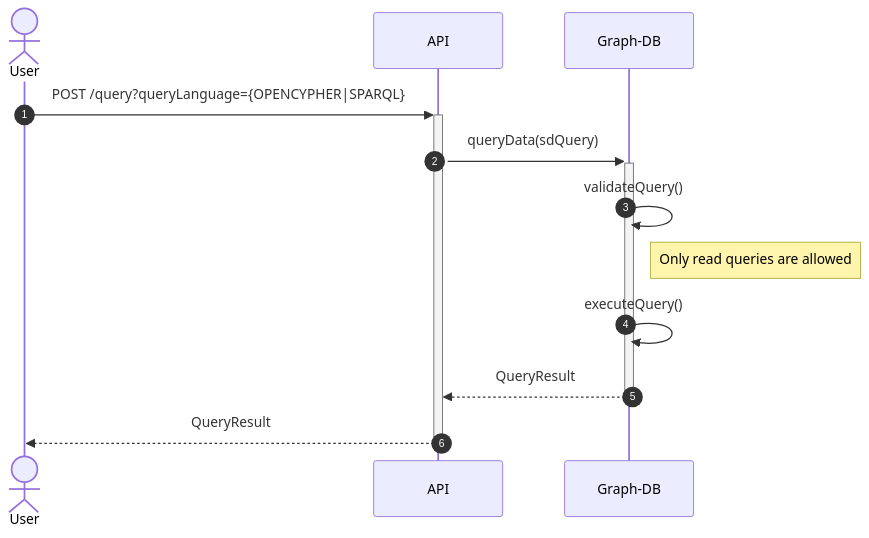
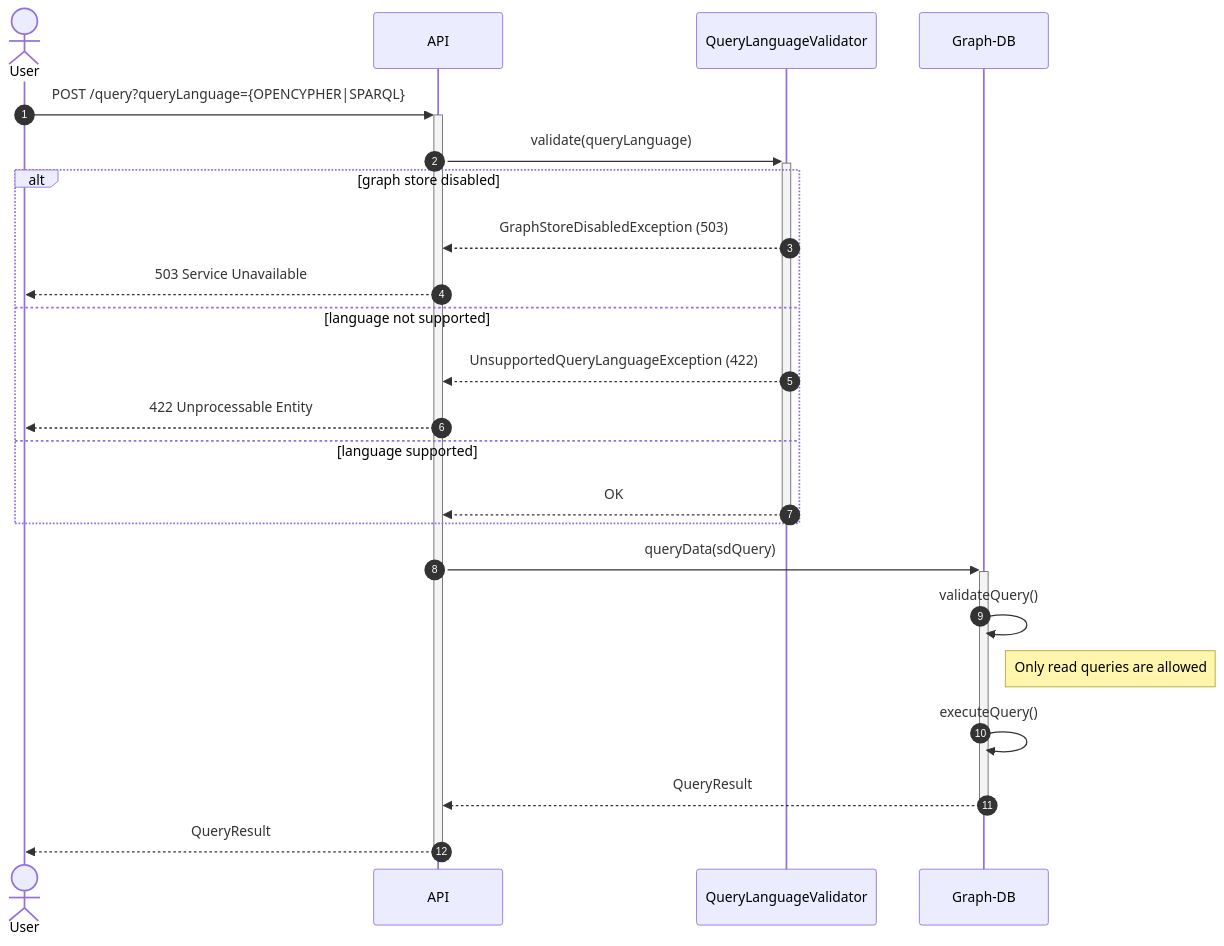
One commit to federated-catalogue-enhancements-2026/docs changed diagram 26 of 31 in federated-catalogue/src/docs/architecture/chapters/06_runtime_view.adoc. Above: the diagram before and after it, drawn with Mermaid. The commit also changed other lines of this file and 1 other file, not shown here.

```diff
--- a/federated-catalogue/src/docs/architecture/chapters/06_runtime_view.adoc
+++ b/federated-catalogue/src/docs/architecture/chapters/06_runtime_view.adoc
@@ -778,15 +778,26 @@
 [mermaid, width=2000]
 ....
 sequenceDiagram
     autonumber
     actor User
     participant API
+    participant Validator as QueryLanguageValidator
     participant Graph as Graph-DB
     User ->> + API: POST /query?queryLanguage={OPENCYPHER|SPARQL}
+    API ->> + Validator: validate(queryLanguage)
+    alt graph store disabled
+        Validator -->> API: GraphStoreDisabledException (503)
+        API -->> User: 503 Service Unavailable
+    else language not supported
+        Validator -->> API: UnsupportedQueryLanguageException (422)
+        API -->> User: 422 Unprocessable Entity
+    else language supported
+        Validator -->> - API: OK
+    end
     API ->> + Graph: queryData(sdQuery)
     Graph ->> Graph: validateQuery()
     Note right of Graph: Only read queries are allowed
     Graph ->> Graph: executeQuery()
     Graph -->> -API: QueryResult
     API -->> -User: QueryResult
 ....
```
